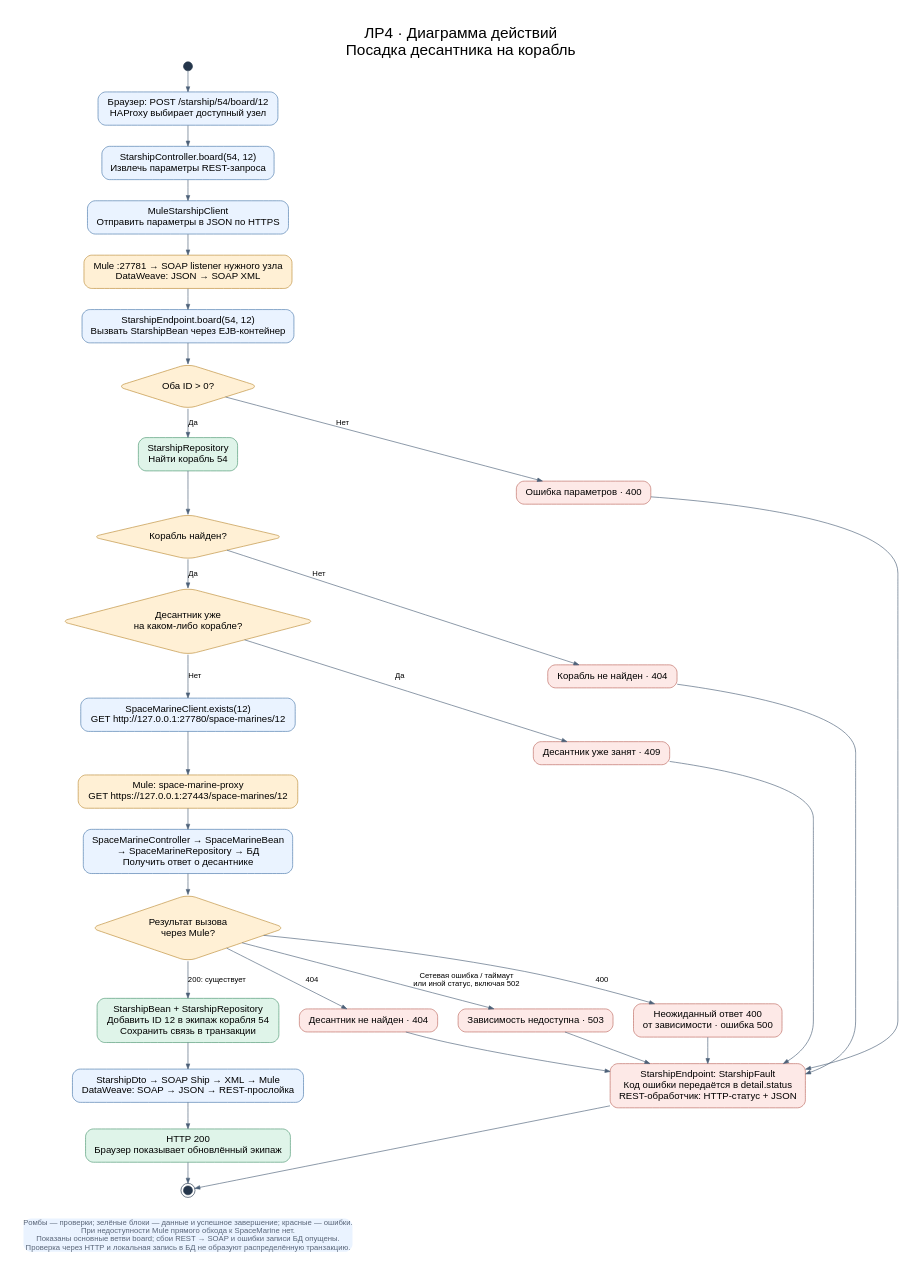
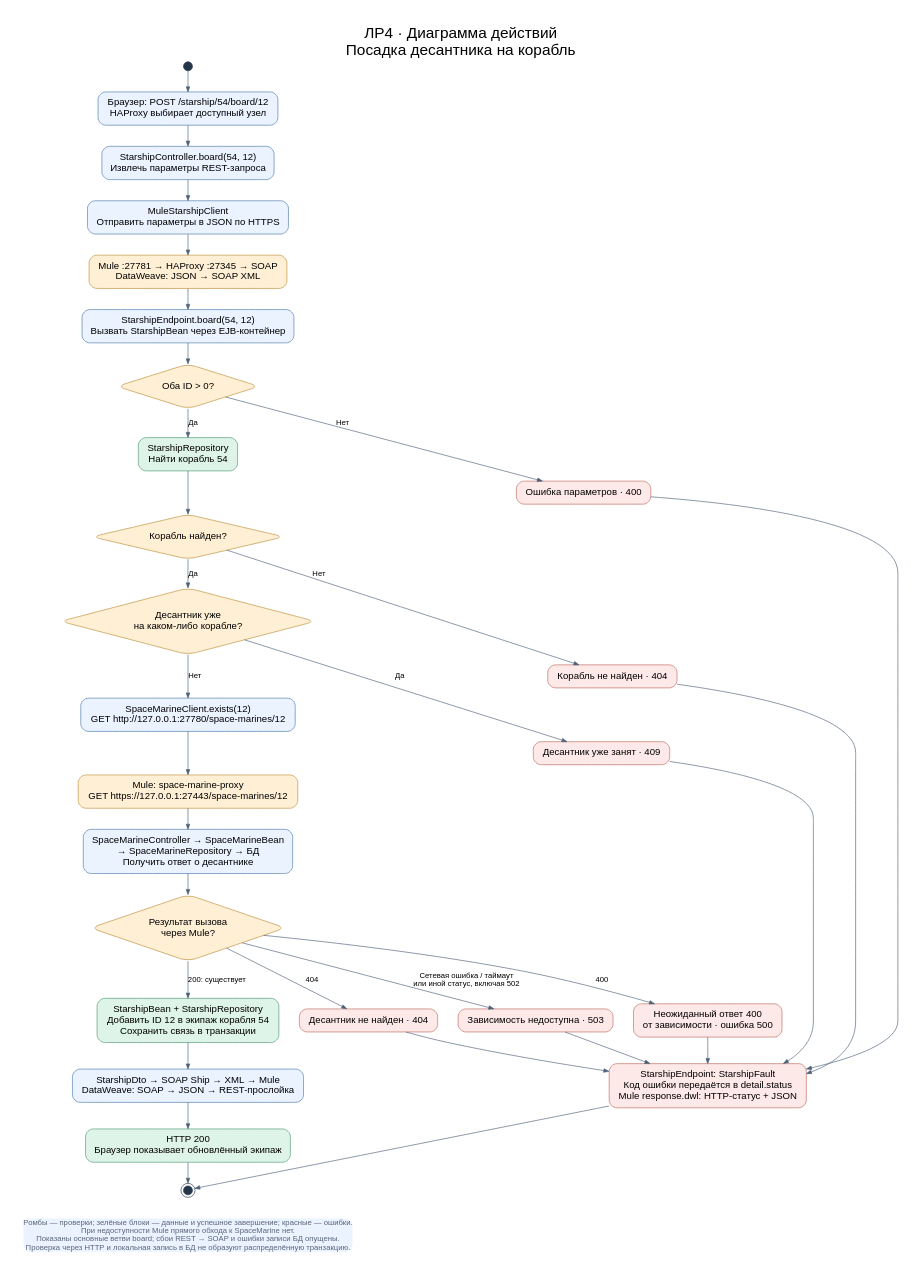
One commit to arekalov/soa-labs changed the diagram in docs/diagrams/lab4-activity.dot. Above: the diagram before and after it, drawn with Graphviz. The commit also changed 11 other files, not shown here.

Commit message:
Use one Mule Starship flow with HAProxy SOAP balancing

```diff
--- a/docs/diagrams/lab4-activity.dot
+++ b/docs/diagrams/lab4-activity.dot
@@ -1,54 +1,54 @@
 digraph Activity {
   graph [rankdir=TB, bgcolor="#ffffff", pad=0.4, nodesep=0.45, ranksep=0.45, fontname="Arial", fontsize=24, labelloc=t, label="ЛР4 · Диаграмма действий\nПосадка десантника на корабль"];
   node [shape=box, style="rounded,filled", fillcolor="#eaf3ff", color="#4978ab", fontname="Arial", fontsize=15, margin="0.2,0.13"];
   edge [fontname="Arial", fontsize=12, color="#4c6078", arrowsize=0.8];
   start [shape=circle, label="", width=0.2, style=filled, fillcolor="#25364b", color="#25364b"];
   request [label="Браузер: POST /starship/54/board/12\nHAProxy выбирает доступный узел"];
   controller [label="StarshipController.board(54, 12)\nИзвлечь параметры REST-запроса"];
   soap [label="MuleStarshipClient\nОтправить параметры в JSON по HTTPS"];
-  soapmule [label="Mule :27781 → SOAP listener нужного узла\nDataWeave: JSON → SOAP XML", fillcolor="#fff0d5", color="#bc8b34"];
+  soapmule [label="Mule :27781 → HAProxy :27345 → SOAP\nDataWeave: JSON → SOAP XML", fillcolor="#fff0d5", color="#bc8b34"];
   endpoint [label="StarshipEndpoint.board(54, 12)\nВызвать StarshipBean через EJB-контейнер"];
   ids [shape=diamond, label="Оба ID > 0?", fillcolor="#fff0d5", color="#bc8b34"];
   find [label="StarshipRepository\nНайти корабль 54", fillcolor="#dff4e9", color="#4b9671"];
   found [shape=diamond, label="Корабль найден?", fillcolor="#fff0d5", color="#bc8b34"];
   occupied [shape=diamond, label="Десантник уже\nна каком-либо корабле?", fillcolor="#fff0d5", color="#bc8b34"];
   check [label="SpaceMarineClient.exists(12)\nGET http://127.0.0.1:27780/space-marines/12"];
   mule [label="Mule: space-marine-proxy\nGET https://127.0.0.1:27443/space-marines/12", fillcolor="#fff0d5", color="#bc8b34"];
   sm [label="SpaceMarineController → SpaceMarineBean\n→ SpaceMarineRepository → БД\nПолучить ответ о десантнике"];
   status [shape=diamond, label="Результат вызова\nчерез Mule?", fillcolor="#fff0d5", color="#bc8b34"];
   save [label="StarshipBean + StarshipRepository\nДобавить ID 12 в экипаж корабля 54\nСохранить связь в транзакции", fillcolor="#dff4e9", color="#4b9671"];
   result [label="StarshipDto → SOAP Ship → XML → Mule\nDataWeave: SOAP → JSON → REST-прослойка"];
   ok [label="HTTP 200\nБраузер показывает обновлённый экипаж", fillcolor="#dff4e9", color="#4b9671"];
   bad [label="Ошибка параметров · 400", fillcolor="#fde9e7", color="#bc675e"];
   noship [label="Корабль не найден · 404", fillcolor="#fde9e7", color="#bc675e"];
   conflict [label="Десантник уже занят · 409", fillcolor="#fde9e7", color="#bc675e"];
   nomarine [label="Десантник не найден · 404", fillcolor="#fde9e7", color="#bc675e"];
   unavailable [label="Зависимость недоступна · 503", fillcolor="#fde9e7", color="#bc675e"];
   internal [label="Неожиданный ответ 400\nот зависимости · ошибка 500", fillcolor="#fde9e7", color="#bc675e"];
-  fault [label="StarshipEndpoint: StarshipFault\nКод ошибки передаётся в detail.status\nREST-обработчик: HTTP-статус + JSON", fillcolor="#fde9e7", color="#bc675e"];
+  fault [label="StarshipEndpoint: StarshipFault\nКод ошибки передаётся в detail.status\nMule response.dwl: HTTP-статус + JSON", fillcolor="#fde9e7", color="#bc675e"];
   finish [shape=doublecircle, label="", width=0.2, style=filled, fillcolor="#25364b", color="#25364b"];
   { node [group="main"]; start; request; controller; soap; endpoint; ids; find; found; occupied; check; mule; sm; status; save; result; ok; finish; }
   start -> request -> controller -> soap -> soapmule -> endpoint -> ids [weight=30];
   ids -> find [label="Да", weight=30];
   ids -> bad [label="Нет"];
   find -> found [weight=30];
   found -> occupied [label="Да", weight=30];
   found -> noship [label="Нет"];
   occupied -> check [label="Нет", weight=30];
   occupied -> conflict [label="Да"];
   check -> mule -> sm -> status [weight=30];
   status -> save [label="200: существует", weight=30];
   status -> nomarine [label="404"];
   status -> unavailable [label="Сетевая ошибка / таймаут\nили иной статус, включая 502"];
   status -> internal [label="400"];
   save -> result -> ok -> finish [weight=30];
   bad -> fault;
   noship -> fault;
   conflict -> fault;
   nomarine -> fault;
   unavailable -> fault;
   internal -> fault;
   fault -> finish;
   note [shape=plain, fontsize=12, fontcolor="#596578", label="Ромбы — проверки; зелёные блоки — данные и успешное завершение; красные — ошибки.\nПри недоступности Mule прямого обхода к SpaceMarine нет.\nПоказаны основные ветви board; сбои REST → SOAP и ошибки записи БД опущены.\nПроверка через HTTP и локальная запись в БД не образуют распределённую транзакцию."];
   finish -> note [style=invis];
 }
```
